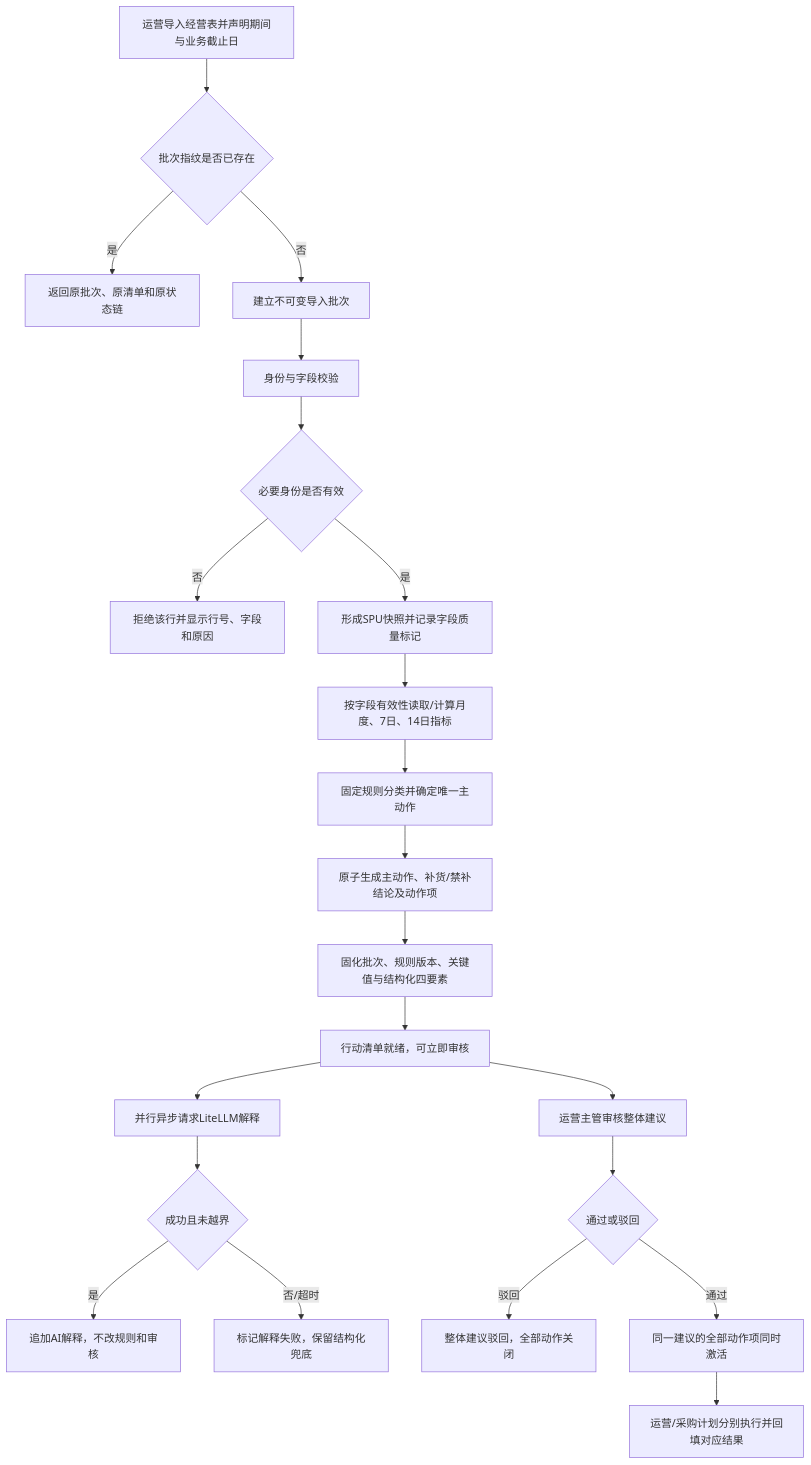
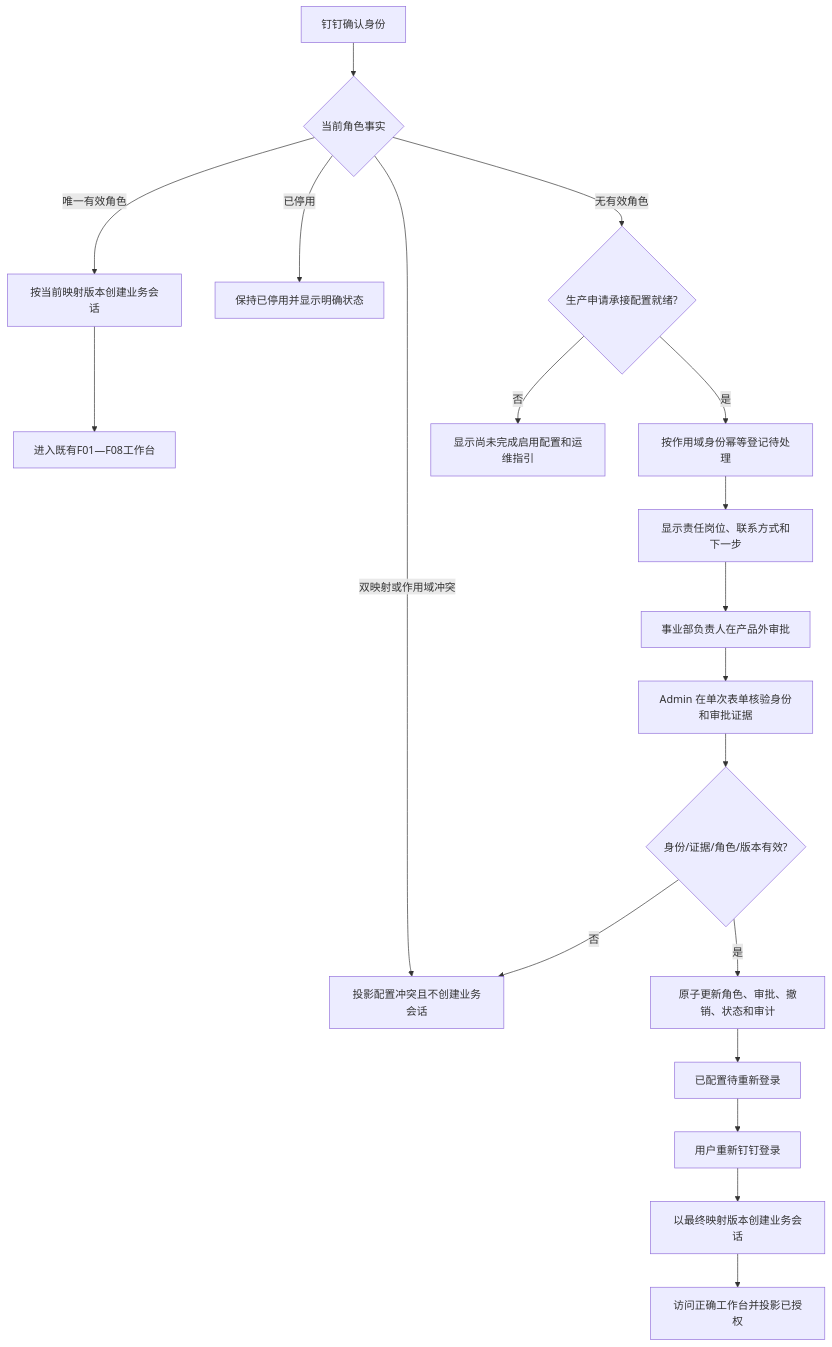
Before and after one commit to johnsonsmilequran/profit-decision-engine: the second of 6 diagrams in 趣然AI商品经营利润决策助手/drafts/r3-architect.md, drawn with Mermaid. The commit also changed other lines of this file and 2 other files, not shown here.

````diff
--- a/趣然AI商品经营利润决策助手/drafts/r3-architect.md
+++ b/趣然AI商品经营利润决策助手/drafts/r3-architect.md
@@ -339,24 +262,21 @@
 ```mermaid
 flowchart TD
-    A[运营导入经营表并声明期间与业务截止日] --> B{批次指纹是否已存在}
-    B -- 是 --> C[返回原批次、原清单和原状态链]
-    B -- 否 --> D[建立不可变导入批次]
-    D --> E[身份与字段校验]
-    E --> F{必要身份是否有效}
-    F -- 否 --> G[拒绝该行并显示行号、字段和原因]
-    F -- 是 --> H[形成SPU快照并记录字段质量标记]
-    H --> I[按字段有效性读取/计算月度、7日、14日指标]
-    I --> J[固定规则分类并确定唯一主动作]
-    J --> K[原子生成主动作、补货/禁补结论及动作项]
-    K --> L[固化批次、规则版本、关键值与结构化四要素]
-    L --> M[行动清单就绪，可立即审核]
-    M --> N[运营主管审核整体建议]
-    M --> O[并行异步请求LiteLLM解释]
-    O --> P{成功且未越界}
-    P -- 是 --> Q[追加AI解释，不改规则和审核]
-    P -- 否/超时 --> R[标记解释失败，保留结构化兜底]
-    N --> S{通过或驳回}
-    S -- 驳回 --> T[整体建议驳回，全部动作关闭]
-    S -- 通过 --> U[同一建议的全部动作项同时激活]
-    U --> V[运营/采购计划分别执行并回填对应结果]
+    A[钉钉确认身份] --> B{当前角色事实}
+    B -- 唯一有效角色 --> C[按当前映射版本创建业务会话]
+    C --> D[进入既有F01—F08工作台]
+    B -- 已停用 --> E[保持已停用并显示明确状态]
+    B -- 双映射或作用域冲突 --> F[投影配置冲突且不创建业务会话]
+    B -- 无有效角色 --> G{生产申请承接配置就绪?}
+    G -- 否 --> H[显示尚未完成启用配置和运维指引]
+    G -- 是 --> I[按作用域身份幂等登记待处理]
+    I --> J[显示责任岗位、联系方式和下一步]
+    J --> K[事业部负责人在产品外审批]
+    K --> L[Admin 在单次表单核验身份和审批证据]
+    L --> M{身份/证据/角色/版本有效?}
+    M -- 否 --> F
+    M -- 是 --> N[原子更新角色、审批、撤销、状态和审计]
+    N --> O[已配置待重新登录]
+    O --> P[用户重新钉钉登录]
+    P --> Q[以最终映射版本创建业务会话]
+    Q --> R[访问正确工作台并投影已授权]
 ```
````
